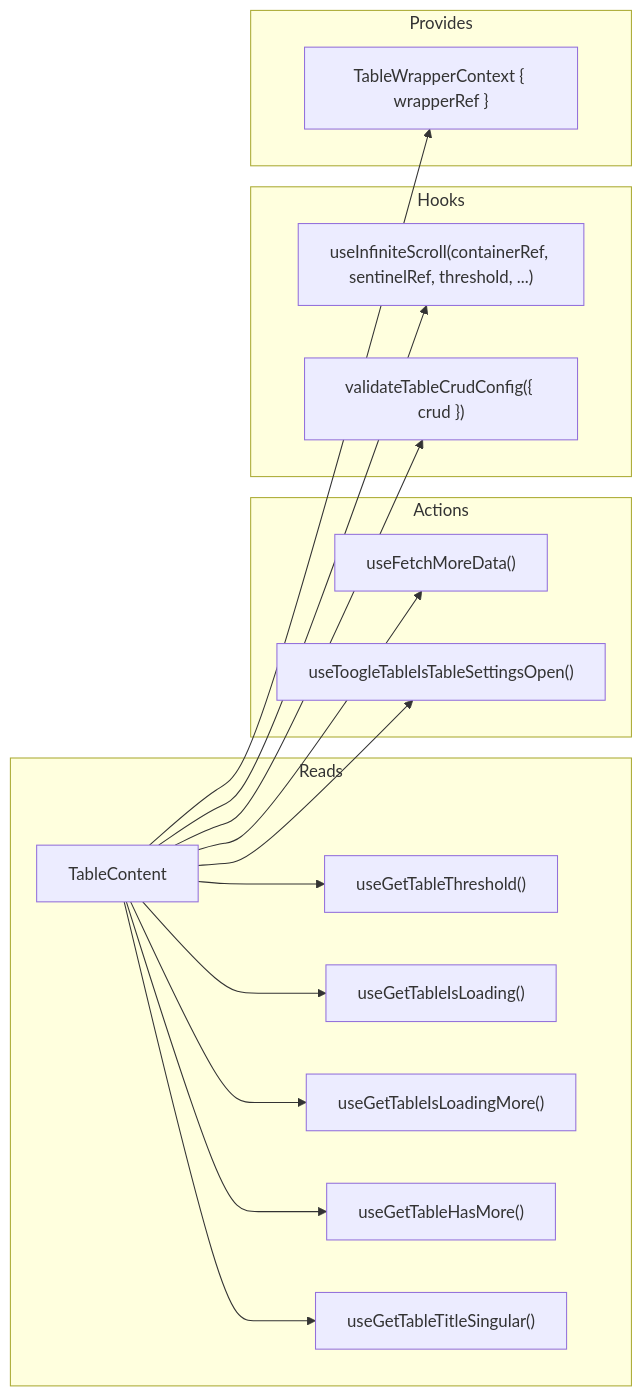
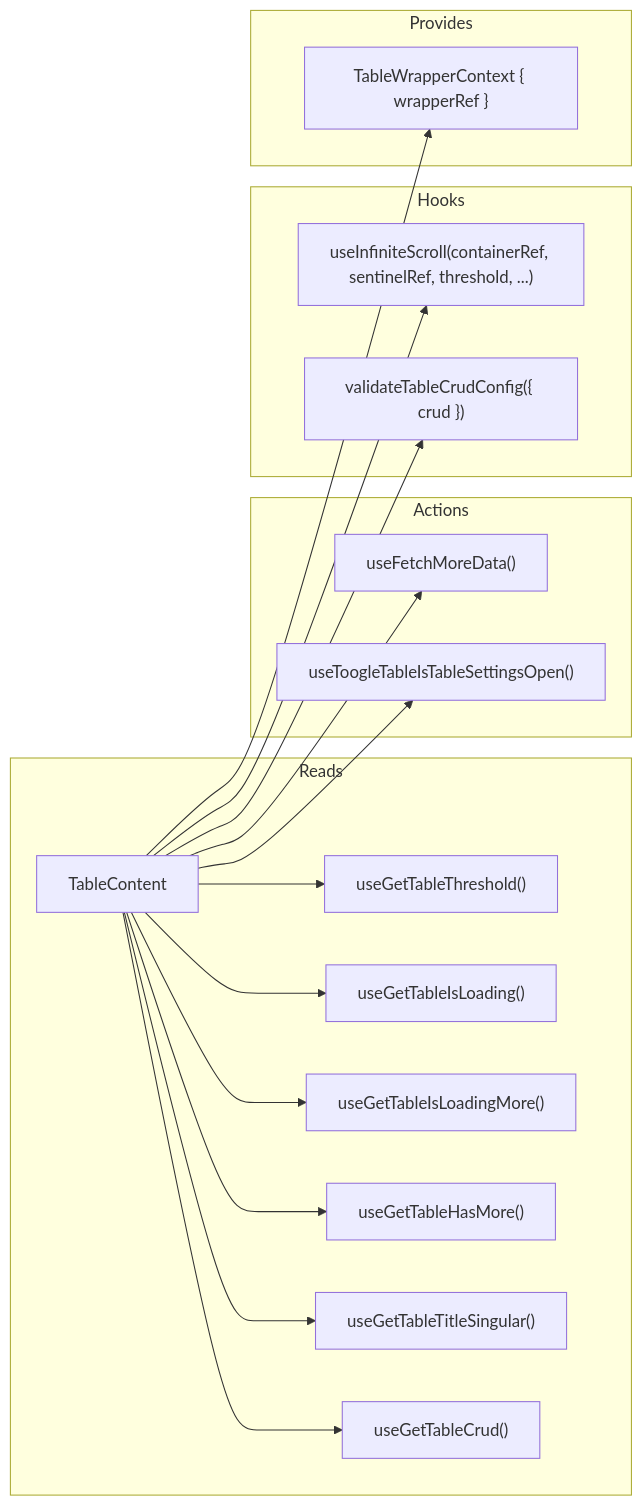
Before and after one commit to luciocabrera/lcabrera-stack: the second of 2 diagrams in packages/ui/src/components/Table/TableContent/ARCHITECTURE.md, drawn with Mermaid. The commit also changed other lines of this file and 103 other files, not shown here.

Commit message:
feat: implement self-scan and secret-file guard in agent-runner for enhanced security refactor: remove CRUD prop from Table components and update related types

````diff
--- a/packages/ui/src/components/Table/TableContent/ARCHITECTURE.md
+++ b/packages/ui/src/components/Table/TableContent/ARCHITECTURE.md
@@ -49,24 +49,25 @@
 ```mermaid
 graph LR
   subgraph "Reads"
     TC["TableContent"] --> threshold["useGetTableThreshold()"]
     TC --> isLoading["useGetTableIsLoading()"]
     TC --> isLoadingMore["useGetTableIsLoadingMore()"]
     TC --> hasMore["useGetTableHasMore()"]
     TC --> titleSingular["useGetTableTitleSingular()"]
+    TC --> crud["useGetTableCrud()"]
   end
 
   subgraph "Actions"
     TC --> fetchMore["useFetchMoreData()"]
     TC --> toggleSettings["useToogleTableIsTableSettingsOpen()"]
   end
 
   subgraph "Hooks"
     TC --> scroll["useInfiniteScroll(containerRef, sentinelRef, threshold, ...)"]
     TC --> validateCrud["validateTableCrudConfig({ crud })"]
   end
 
   subgraph "Provides"
     TC --> wrapperCtx["TableWrapperContext { wrapperRef }"]
   end
 ```
````
